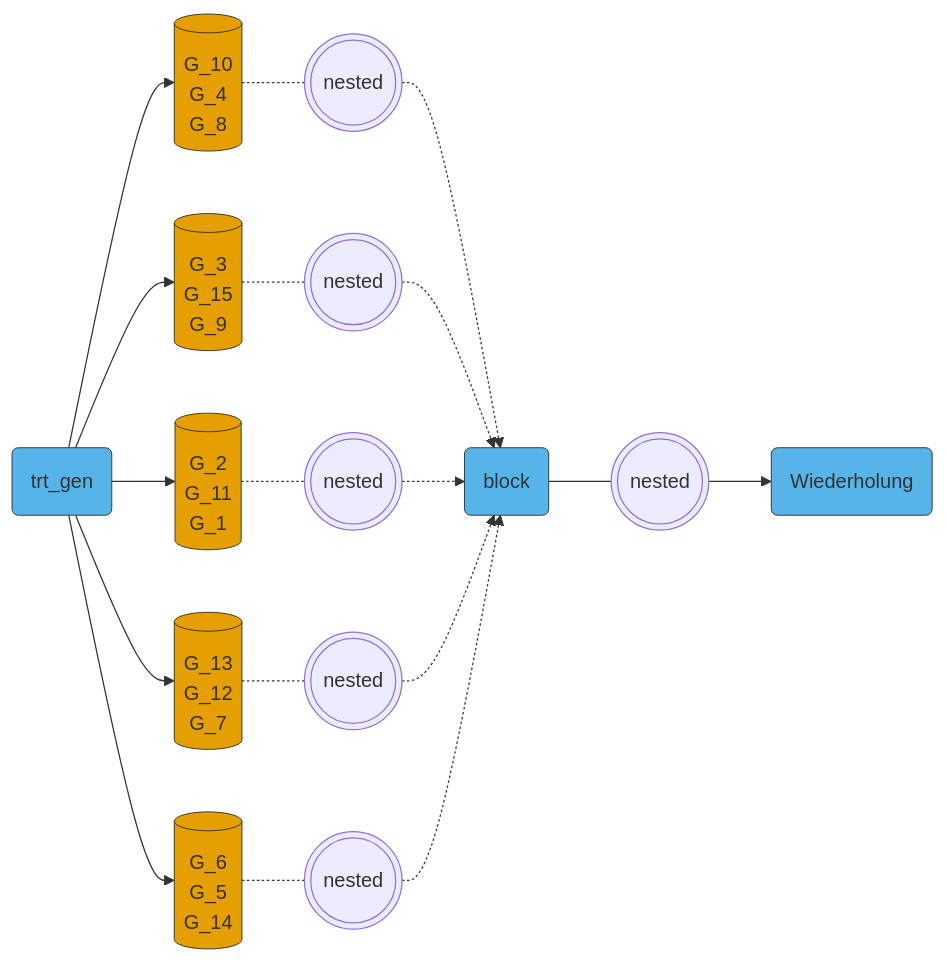
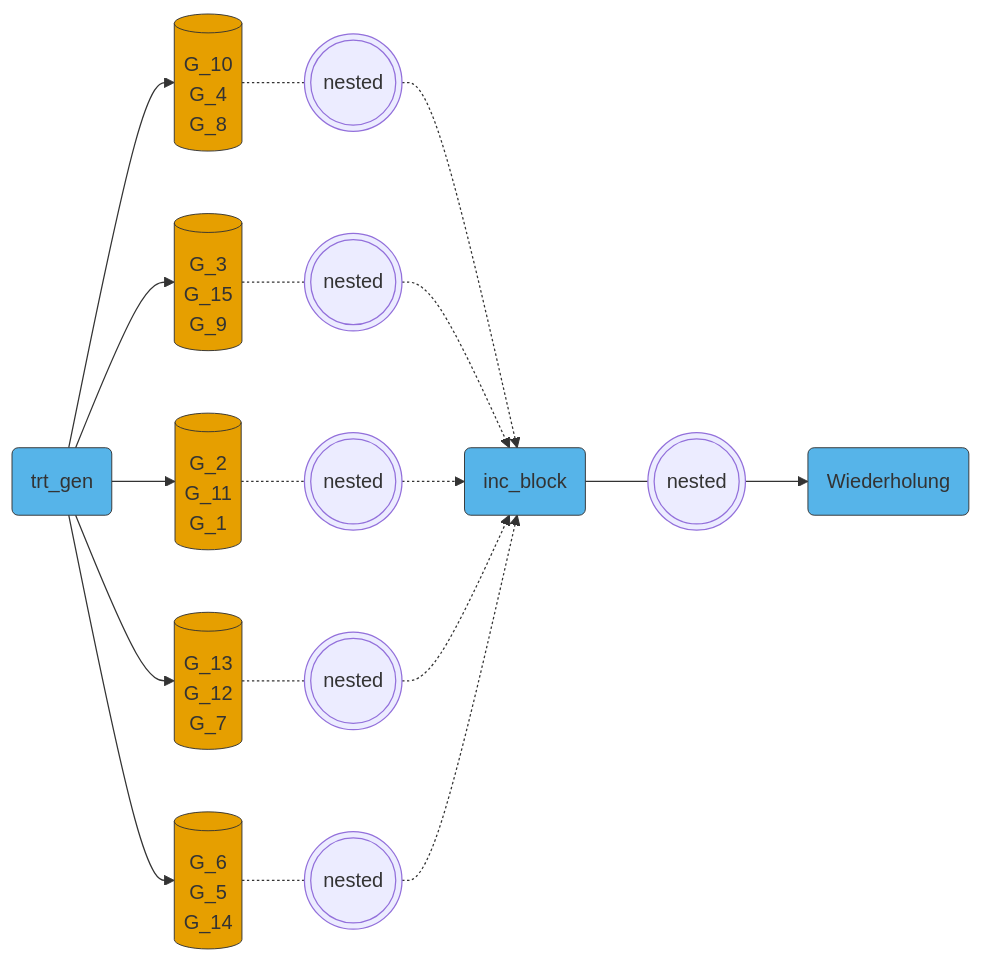
Before and after one commit to jkruppa/jkruppa.github.io: the third of 4 diagrams in experimental-design-basic.qmd, drawn with Mermaid. The commit also changed other lines of this file and 2 other files, not shown here.

Commit message:
added mermaid to baisc

````diff
--- a/experimental-design-basic.qmd
+++ b/experimental-design-basic.qmd
@@ -460,25 +497,25 @@
 ```{mermaid}
 %%| label: fig-mermaid-basic-alpha
 %%| fig-width: 6
-%%| fig-cap: "text"
+%%| fig-cap: "Schematische Darstellung der Abhängigkeitsstruktur im Alpha-Versuchsplan. Die Level der Behandlung werden zufällig auf *incomplete blocks* aufgeteilt und diese Blöcke dann vollständig in Wiederholungen randomisiert."
 flowchart LR
     A(trt_gen):::factor --> B & C & D & E & F
     B[("G_10 
         G_4
-        G_8")]:::level -.- G(((nested))) -.-> L(block):::factor
+        G_8")]:::level -.- G(((nested))) -.-> L(inc_block):::factor
     C[("G_3
         G_15
         G_9")]:::level -.- H(((nested))) -.-> L
     D[("G_2 
         G_11
         G_1")]:::level -.- I(((nested))) -.-> L
     E[("G_13
         G_12
         G_7")]:::level -.- J(((nested))) -.-> L
     F[("G_6 
         G_5
         G_14")]:::level -.- K(((nested))) -.-> L
     L --- M(((nested))) --> N(Wiederholung):::factor
     classDef factor fill:#56B4E9,stroke:#333,stroke-width:0.75px
     classDef level fill:#E69F00,stroke:#333,stroke-width:0.75px
 ```
````
